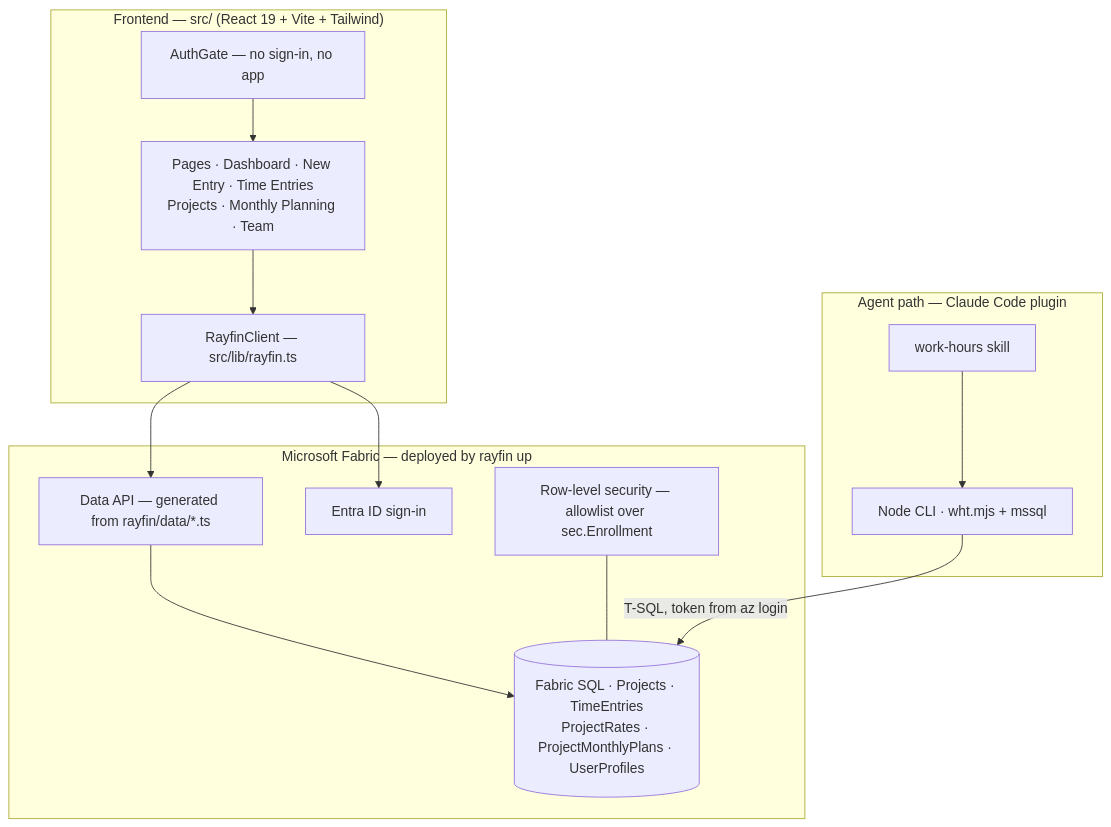
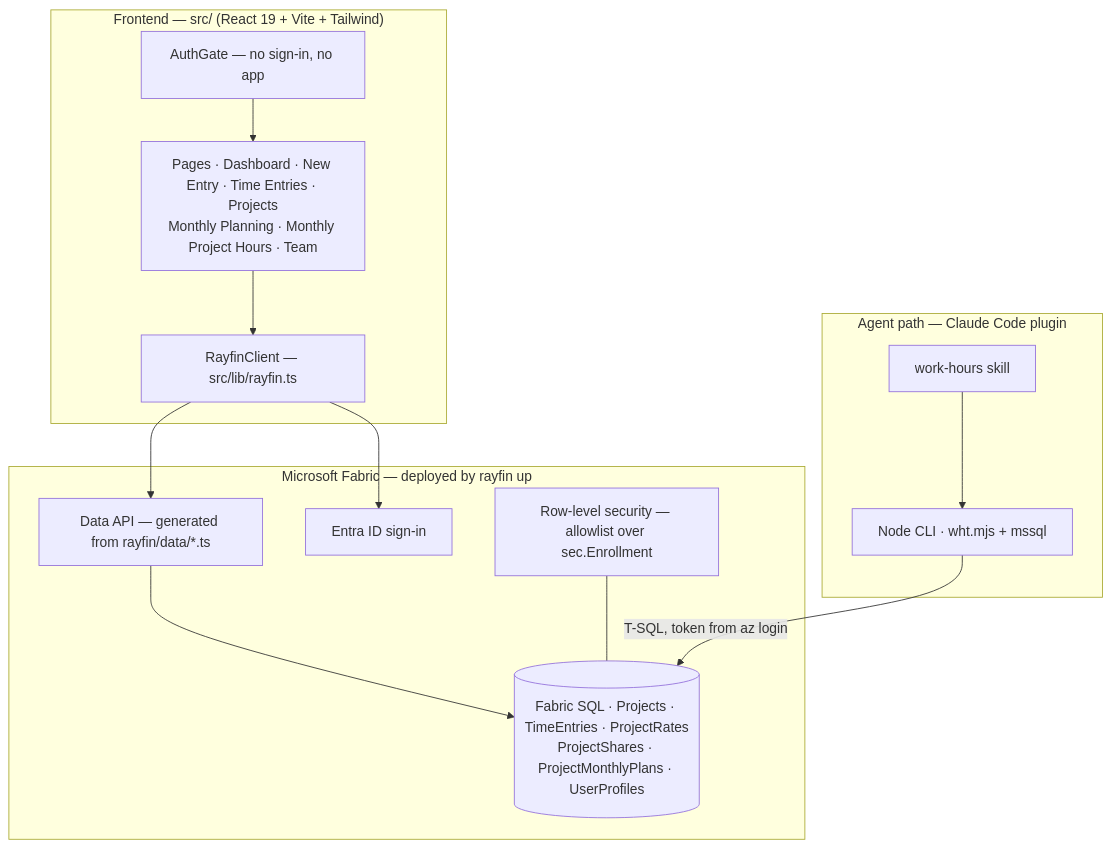
Before and after one commit to Alina-thiede/alina-portfolio: the diagram in projects/work-hour-tracker/app.md, drawn with Mermaid. The commit also changed other lines of this file and 1 other file, not shown here.

Commit message:
Correct three figures that disagreed with the source
- The CLI is 2 020 lines, not 1 790; the smaller figure was an older
  copy, while the shipped plugin v1.0.1 is the larger one.
- The architecture diagram listed five tables and omitted ProjectShares,
  where the write-up says six everywhere else.
- The repository-structure block and the diagram both listed six pages;
  there are seven. MonthlyProjectHours was missing from both.

Claude-Session: https://claude.ai/code/session_01XjNutVD5ZsFcv2yGidDJpe

````diff
--- a/projects/work-hour-tracker/app.md
+++ b/projects/work-hour-tracker/app.md
@@ -50,28 +50,28 @@
 ```mermaid
 flowchart TB
     subgraph client["Frontend — src/ (React 19 + Vite + Tailwind)"]
         gate["AuthGate — no sign-in, no app"]
-        pages["Pages · Dashboard · New Entry · Time Entries<br/>Projects · Monthly Planning · Team"]
+        pages["Pages · Dashboard · New Entry · Time Entries · Projects<br/>Monthly Planning · Monthly Project Hours · Team"]
         bridge["RayfinClient — src/lib/rayfin.ts"]
         gate --> pages --> bridge
     end
 
     subgraph agent["Agent path — Claude Code plugin"]
         skill["work-hours skill"]
         cli["Node CLI · wht.mjs + mssql"]
         skill --> cli
     end
 
     subgraph fabric["Microsoft Fabric — deployed by rayfin up"]
         api["Data API — generated from rayfin/data/*.ts"]
         auth["Entra ID sign-in"]
-        db[("Fabric SQL · Projects · TimeEntries<br/>ProjectRates · ProjectMonthlyPlans · UserProfiles")]
+        db[("Fabric SQL · Projects · TimeEntries · ProjectRates<br/>ProjectShares · ProjectMonthlyPlans · UserProfiles")]
         rls["Row-level security — allowlist over sec.Enrollment"]
         api --> db
         rls --- db
     end
 
     bridge --> api
     bridge --> auth
     cli -- "T-SQL, token from az login" --> db
 ```
````
